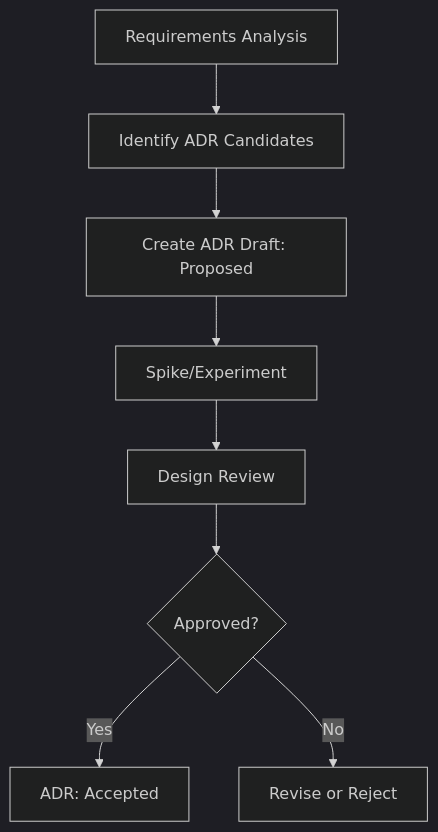
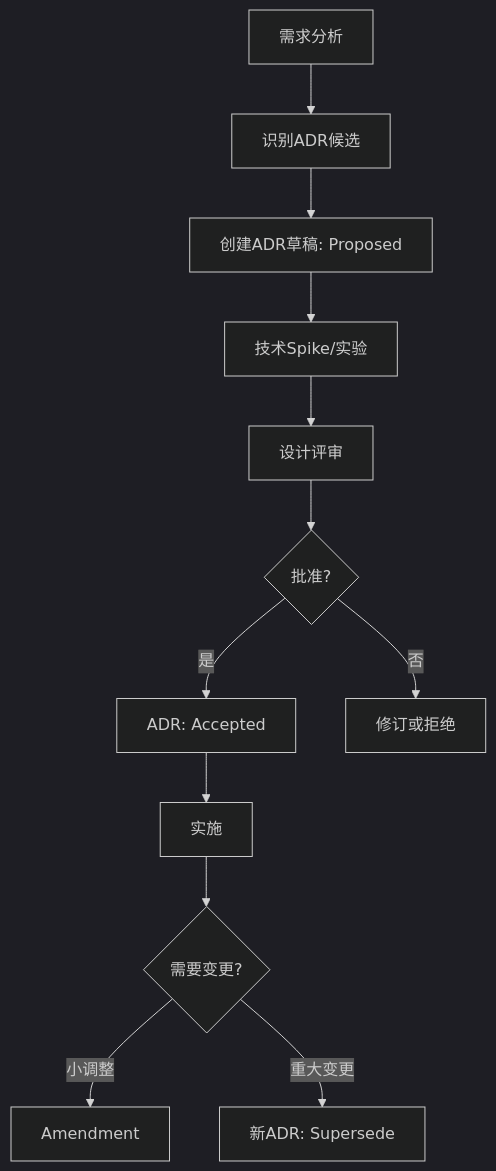
One commit to zhiyue/infinite-scribe changed the first of 2 diagrams in .tasks/novel-genesis-stage/adr/README.md. Above: the diagram before and after it, drawn with Mermaid (dark theme). The commit also changed other lines of this file and 8 other files, not shown here.

First line of the commit message:
feat(novel-genesis-stage): add architecture decision records for batch task scheduling, content version control, dialogue state management, vector embedding model, knowledge graph schema, and prompt template management

````diff
--- a/.tasks/novel-genesis-stage/adr/README.md
+++ b/.tasks/novel-genesis-stage/adr/README.md
@@ -20,10 +28,14 @@
 ```mermaid
 graph TD
-    A[Requirements Analysis] --> B[Identify ADR Candidates]
-    B --> C[Create ADR Draft: Proposed]
-    C --> D[Spike/Experiment]
-    D --> E[Design Review]
-    E --> F{Approved?}
-    F -->|Yes| G[ADR: Accepted]
-    F -->|No| H[Revise or Reject]
+    A[需求分析] --> B[识别ADR候选]
+    B --> C[创建ADR草稿: Proposed]
+    C --> D[技术Spike/实验]
+    D --> E[设计评审]
+    E --> F{批准?}
+    F -->|是| G[ADR: Accepted]
+    F -->|否| H[修订或拒绝]
+    G --> I[实施]
+    I --> J{需要变更?}
+    J -->|小调整| K[Amendment]
+    J -->|重大变更| L[新ADR: Supersede]
 ```
````
